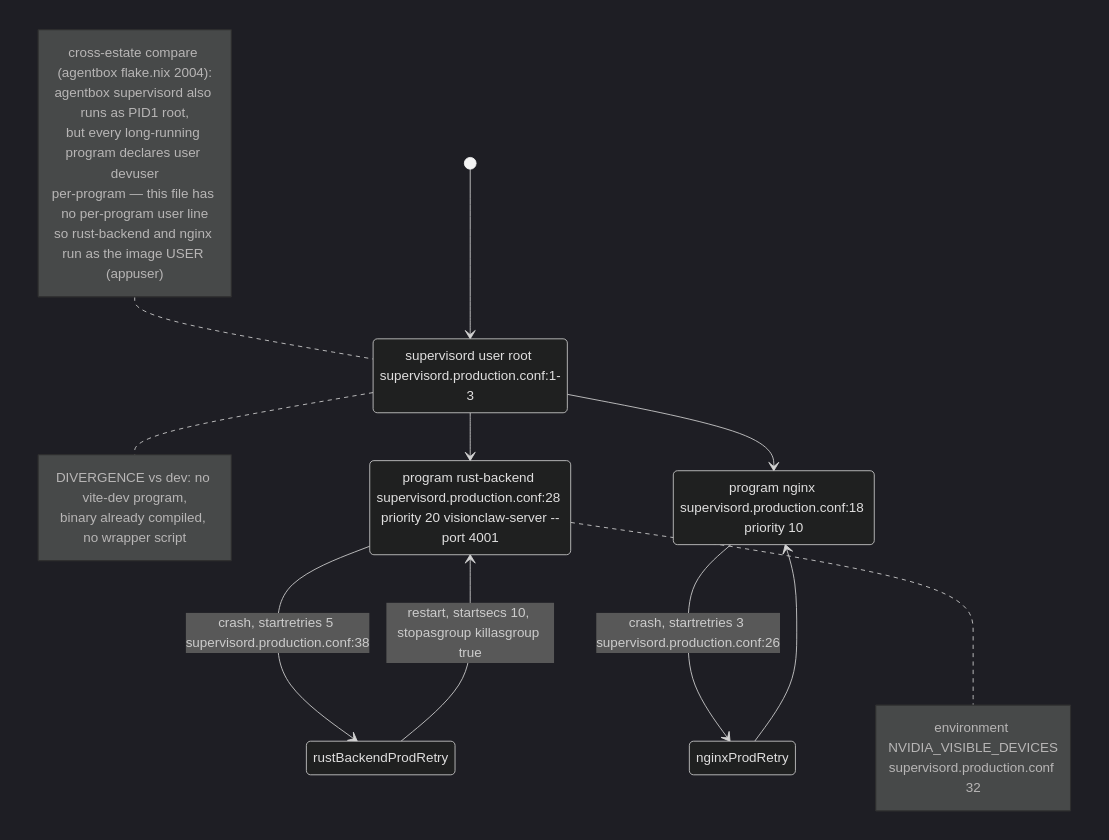
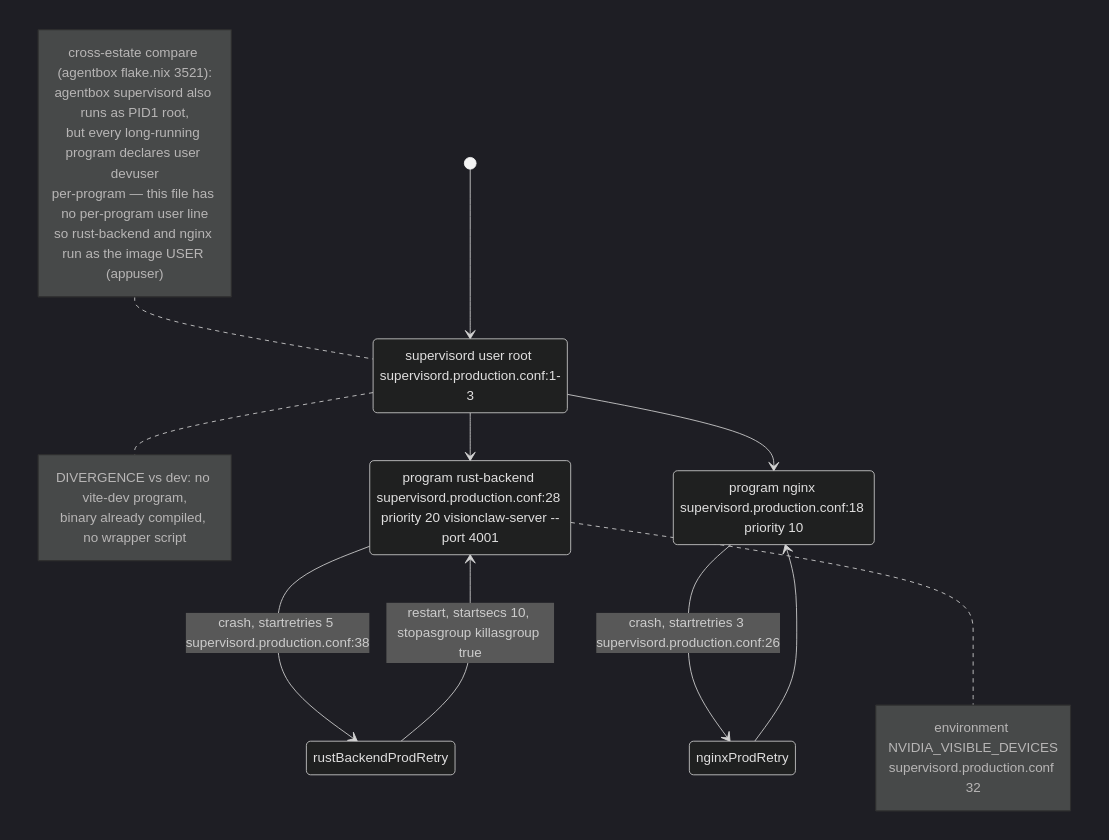
One commit to DreamLab-AI/VisionFlow changed the seventh of 24 diagrams in docs/diagrams/estate/09-build-deploy-and-ci-estate.md. Above: the diagram before and after it, drawn with Mermaid (dark theme). The commit also changed other lines of this file and 111 other files, not shown here.

Commit message:
docs(diagrams): align estate maps with current source

````diff
--- a/docs/diagrams/estate/09-build-deploy-and-ci-estate.md
+++ b/docs/diagrams/estate/09-build-deploy-and-ci-estate.md
@@ -263,31 +263,31 @@
 ```mermaid
 stateDiagram-v2
     [*] --> supervisordRootProd
     supervisordRootProd: supervisord user root supervisord.production.conf:1-3
     supervisordRootProd --> nginxProd
     supervisordRootProd --> rustBackendProd
 
     nginxProd: program nginx supervisord.production.conf:18 priority 10
     rustBackendProd: program rust-backend supervisord.production.conf:28 priority 20 visionclaw-server --port 4001
 
     rustBackendProd --> rustBackendProdRetry: crash, startretries 5 supervisord.production.conf:38
     rustBackendProdRetry --> rustBackendProd: restart, startsecs 10, stopasgroup killasgroup true
     nginxProd --> nginxProdRetry: crash, startretries 3 supervisord.production.conf:26
     nginxProdRetry --> nginxProd
 
     note right of rustBackendProd
         environment NVIDIA_VISIBLE_DEVICES
         supervisord.production.conf 32
     end note
     note right of supervisordRootProd
         DIVERGENCE vs dev: no vite-dev program,
         binary already compiled, no wrapper script
     end note
     note left of supervisordRootProd
-        cross-estate compare (agentbox flake.nix 2004):
+        cross-estate compare (agentbox flake.nix 3521):
         agentbox supervisord also runs as PID1 root,
         but every long-running program declares user devuser
         per-program — this file has no per-program user line
         so rust-backend and nginx run as the image USER (appuser)
     end note
 ```
````
